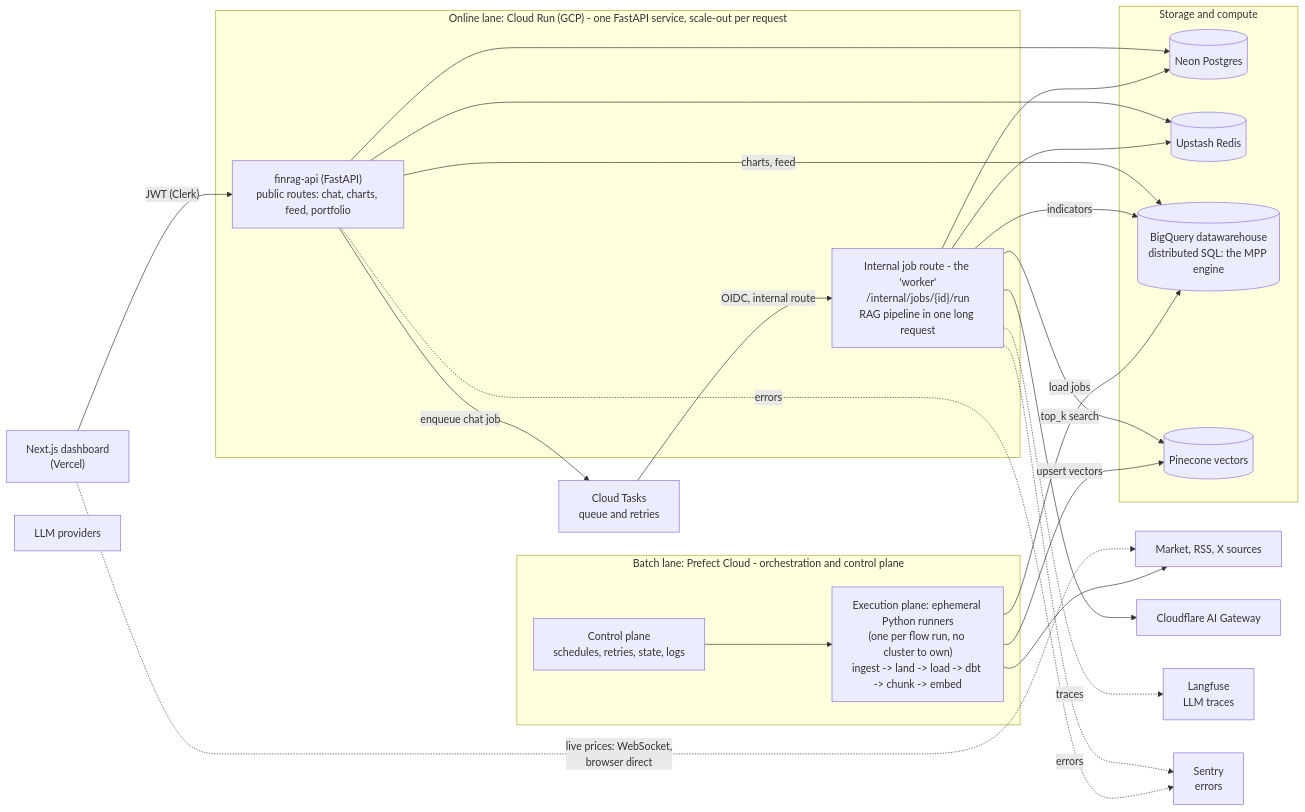
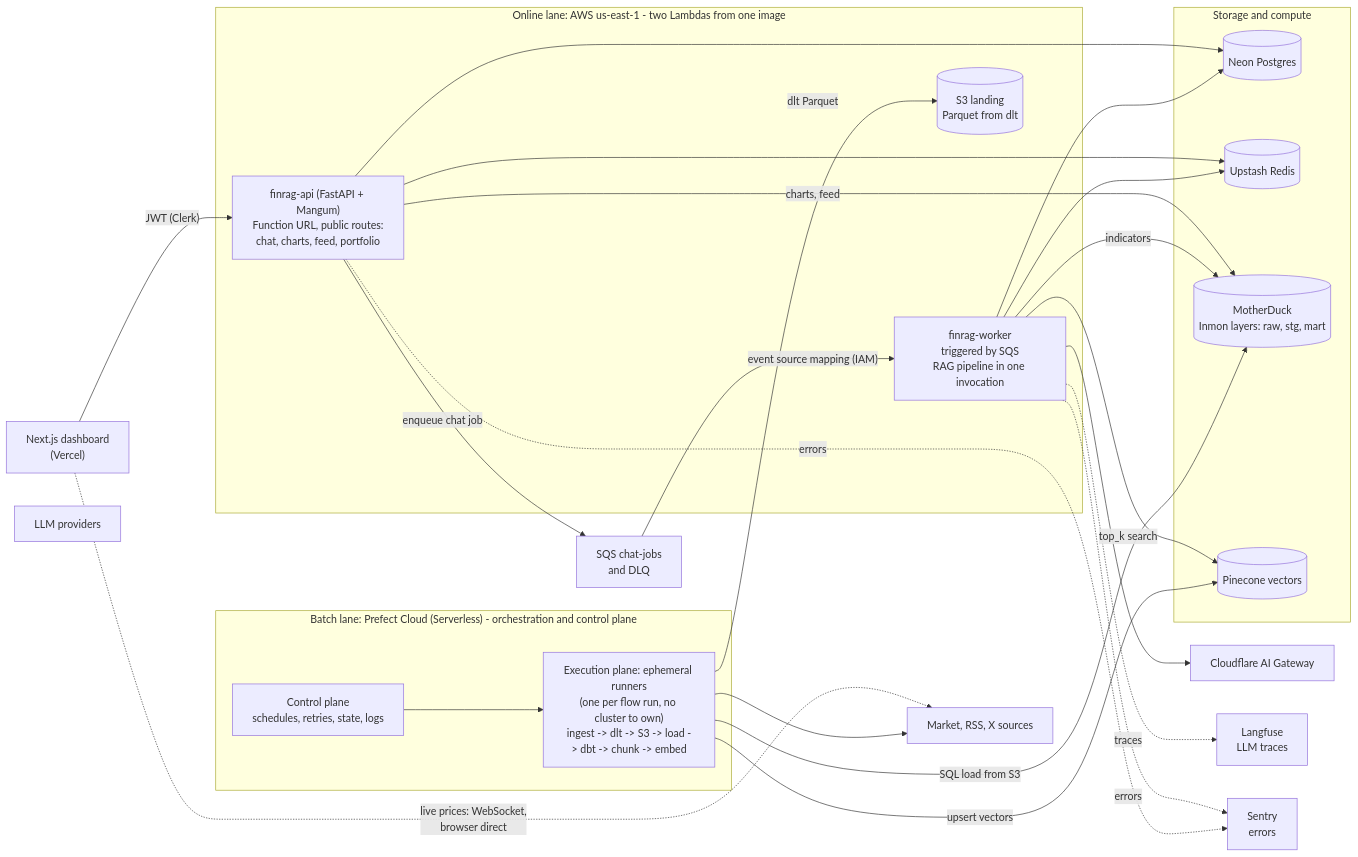
One commit to Erwdev/FinRAG changed the diagram in README.md. Above: the diagram before and after it, drawn with Mermaid. The commit also changed other lines of this file and 17 other files, not shown here.

Commit message:
dev:new-architecture

````diff
--- a/README.md
+++ b/README.md
@@ -49,47 +48,49 @@
 ```mermaid
 flowchart LR
-  subgraph CR["Online lane: Cloud Run (GCP) - one FastAPI service, scale-out per request"]
-    API["finrag-api (FastAPI)<br/>public routes: chat, charts, feed, portfolio"]
-    JOB["Internal job route - the 'worker'<br/>/internal/jobs/{id}/run<br/>RAG pipeline in one long request"]
+  subgraph AW["Online lane: AWS us-east-1 - two Lambdas from one image"]
+    API["finrag-api (FastAPI + Mangum)<br/>Function URL, public routes:<br/>chat, charts, feed, portfolio"]
+    WRK["finrag-worker<br/>triggered by SQS<br/>RAG pipeline in one invocation"]
+    S3[("S3 landing<br/>Parquet from dlt")]
   end
 
-  subgraph PF["Batch lane: Prefect Cloud - orchestration and control plane"]
+  subgraph PF["Batch lane: Prefect Cloud (Serverless) - orchestration and control plane"]
     CTRL["Control plane<br/>schedules, retries, state, logs"]
-    RUN["Execution plane: ephemeral Python runners<br/>(one per flow run, no cluster to own)<br/>ingest -> land -> load -> dbt -> chunk -> embed"]
+    RUN["Execution plane: ephemeral runners<br/>(one per flow run, no cluster to own)<br/>ingest -> dlt -> S3 -> load -> dbt -> chunk -> embed"]
     CTRL --> RUN
   end
 
   subgraph ST["Storage and compute"]
     PG[("Neon Postgres")]
     RD[("Upstash Redis")]
-    BQ[("BigQuery datawarehouse<br/>distributed SQL: the MPP engine")]
+    MD[("MotherDuck<br/>Inmon layers: raw, stg, mart")]
     PC[("Pinecone vectors")]
   end
 
   WEB["Next.js dashboard<br/>(Vercel)"]
-  TASKS["Cloud Tasks<br/>queue and retries"]
+  SQS["SQS chat-jobs<br/>and DLQ"]
   SRC["Market, RSS, X sources"]
   CFGW["Cloudflare AI Gateway"]
   LLM["LLM providers"]
   LF["Langfuse<br/>LLM traces"]
   SE["Sentry<br/>errors"]
 
   WEB -->|"JWT (Clerk)"| API
   WEB -.->|"live prices: WebSocket,<br/>browser direct"| SRC
-  API -->|"enqueue chat job"| TASKS
-  TASKS -->|"OIDC, internal route"| JOB
+  API -->|"enqueue chat job"| SQS
+  SQS -->|"event source mapping (IAM)"| WRK
   API --> PG
   API --> RD
-  API -->|"charts, feed"| BQ
-  JOB --> PG
-  JOB --> RD
-  JOB -->|"indicators"| BQ
-  JOB -->|"top_k search"| PC
-  JOB --> CFGW
+  API -->|"charts, feed"| MD
+  WRK --> PG
+  WRK --> RD
+  WRK -->|"indicators"| MD
+  WRK -->|"top_k search"| PC
+  WRK --> CFGW
   RUN --> SRC
-  RUN -->|"load jobs"| BQ
+  RUN -->|"dlt Parquet"| S3
+  RUN -->|"SQL load from S3"| MD
   RUN -->|"upsert vectors"| PC
-  JOB -.->|"traces"| LF
-  JOB -.->|"errors"| SE
+  WRK -.->|"traces"| LF
+  WRK -.->|"errors"| SE
   API -.->|"errors"| SE
 ```
````
